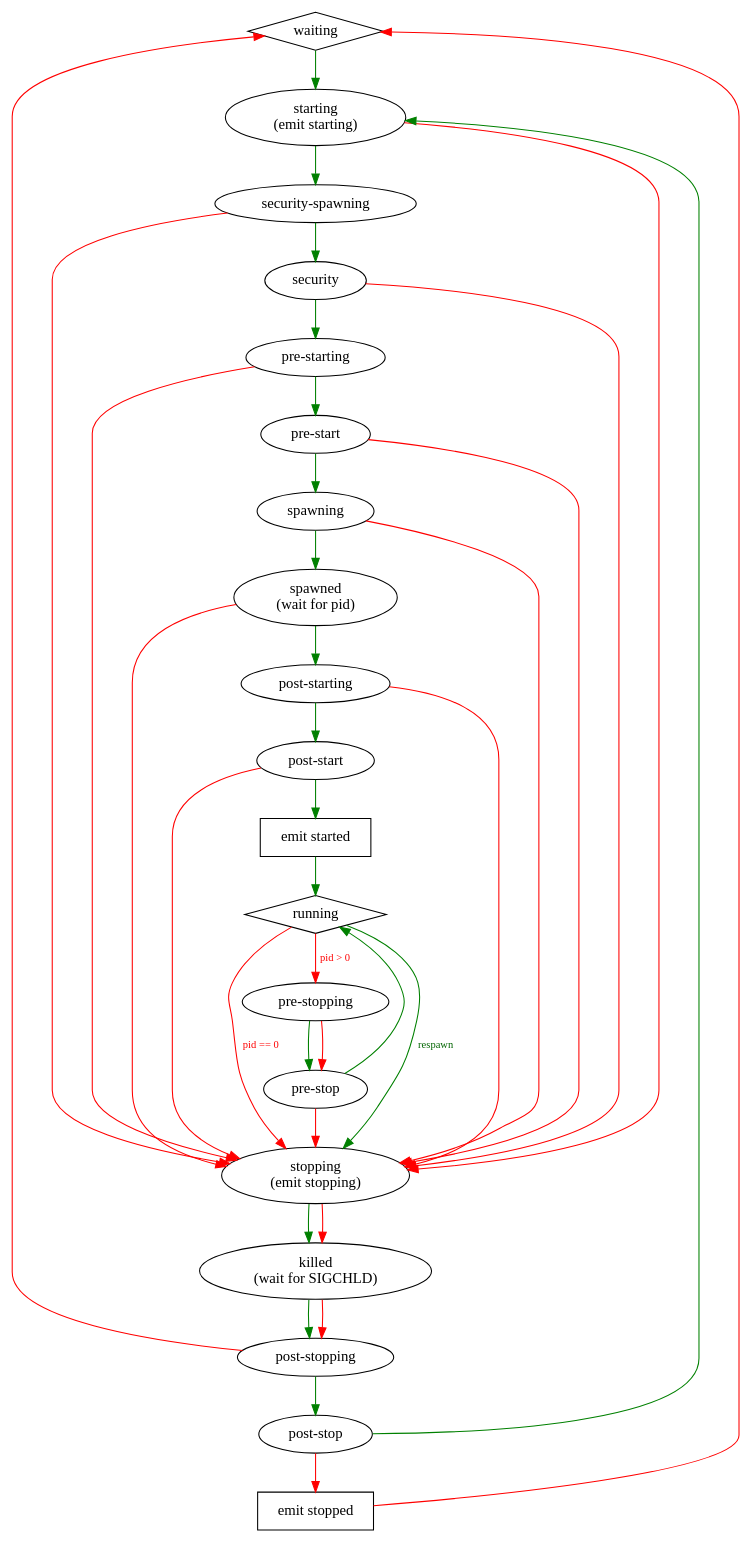
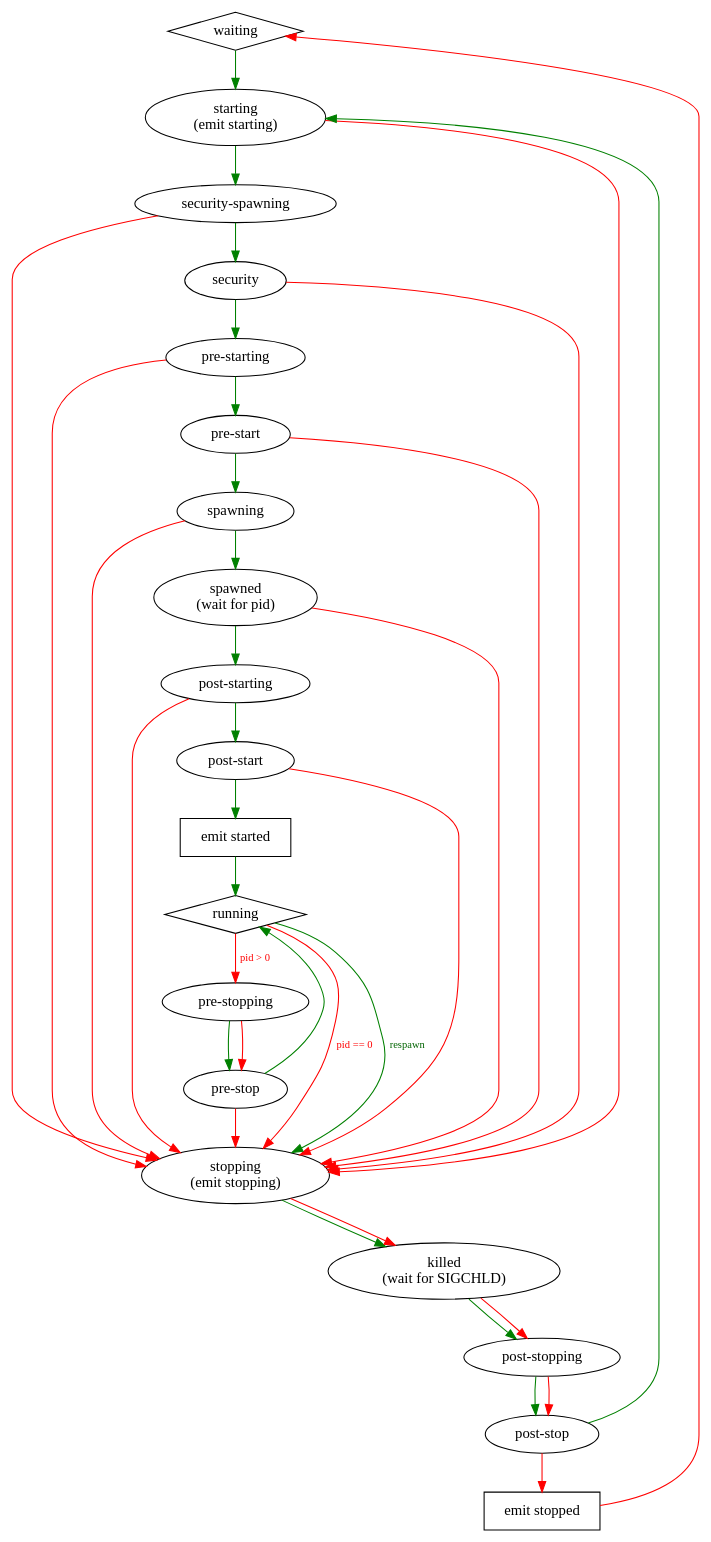
One commit to ubports/upstart changed the diagram in doc/states.dot. Above: the diagram before and after it, drawn with Graphviz.

Commit message:
update states graph - when goal is stop, post-stopping should go to post-stop.

```diff
--- a/doc/states.dot
+++ b/doc/states.dot
@@ -1,98 +1,98 @@
 /* Upstart state machine.
  *
  * Generate with:
  *   dot -Tpng -ostates.png states.dot
  *
  * Diamonds represent natural rest states in which we need to take an action
  * to change the goal.
  *
  * Ovals represent ordinary states which clear themselves when the process
  * being run, or the event that was emitted, finishes.
  *
  * Rectangles represent additional actions that are taken, they are not
  * states, instead you should follow through them to the next real state.
  *
  * Green arrows are followed while the goal is START.
  * Red arrows are followed while the goal is STOP.
  *
  * Note that from the running state, there are two read arrows leaving it;
  * these are chosen based on whether there is a process for the job or not.
  */
 
 digraph {
 	edge [fontsize=10];
 
 	waiting [shape=diamond];
 	starting [label="starting\n(emit starting)"];
 	security_spawning [label="security-spawning"];
 	security [label="security"];
 	pre_starting [label="pre-starting"];
 	pre_start [label="pre-start"];
 	spawning [label="spawning"];
 	spawned [label="spawned\n(wait for pid)"];
 	post_starting [label="post-starting"];
 	post_start [label="post-start"];
 	emit_started [shape=rectangle,label="emit started"];
 	running [shape=diamond];
 	pre_stopping [label="pre-stopping"];
 	pre_stop [label="pre-stop"];
 	stopping [label="stopping\n(emit stopping)"];
 	killed [label="killed\n(wait for SIGCHLD)"];
 	post_stopping [label="post-stopping"];
 	post_stop [label="post-stop"];
 	emit_stopped [shape=rectangle,label="emit stopped"];
 
 	constraint=false;
 	waiting -> starting [color=green,weight=10];
 
 	starting -> security_spawning [color=green,weight=10];
 	starting -> stopping [color=red];
 
 	security_spawning -> security [color=green,weight=10];
 	security_spawning -> stopping [color=red];
 
 	security -> pre_starting [color=green,weight=10];
 	security -> stopping [color=red];
 
 	pre_starting -> pre_start [color=green,weight=10];
 	pre_starting -> stopping [color=red];
 
 	pre_start -> spawning [color=green,weight=10];
 	pre_start -> stopping [color=red];
 
 	spawning -> spawned [color=green,weight=10];
 	spawning -> stopping [color=red];
 
 	spawned -> post_starting [color=green,weight=10];
 	spawned -> stopping [color=red];
 
 	post_starting -> post_start [color=green,weight=10];
 	post_starting -> stopping [color=red];
 
 	post_start -> emit_started -> running [color=green,weight=10];
 	post_start -> stopping [color=red];
 
 	running -> pre_stopping [color=red,fontcolor=red,label="pid > 0",weight=10];
 	running -> stopping [color=red,fontcolor=red,label="pid == 0"];
 	running -> stopping [color=green,fontcolor=darkgreen,label="respawn"];
 
 	pre_stopping -> pre_stop [color=green,weight=10];
 	pre_stopping -> pre_stop [color=red,weight=10];
 
 	pre_stop -> running [color=green];
 	pre_stop -> stopping [color=red,weight=10];
 
 	stopping -> killed [color=green];
 	stopping -> killed [color=red];
 
 	killed -> post_stopping [color=green];
 	killed -> post_stopping [color=red];
 
 	post_stopping -> post_stop [color=green,weight=10];
-	post_stopping -> waiting [color=red];
+	post_stopping -> post_stop [color=red];
 
 	post_stop -> starting [color=green];
 	post_stop -> emit_stopped [color=red,weight=10];
 
 	emit_stopped -> waiting [color=red];
 }
```
